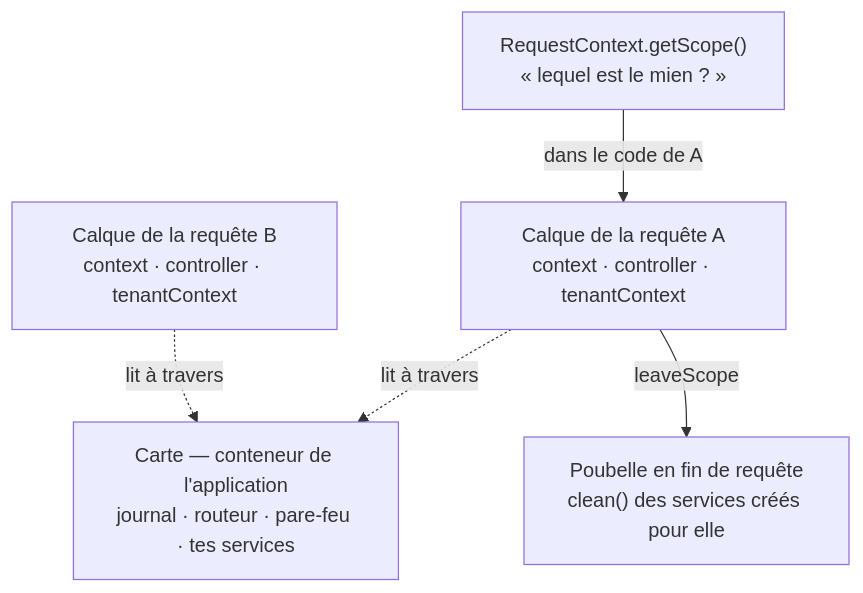
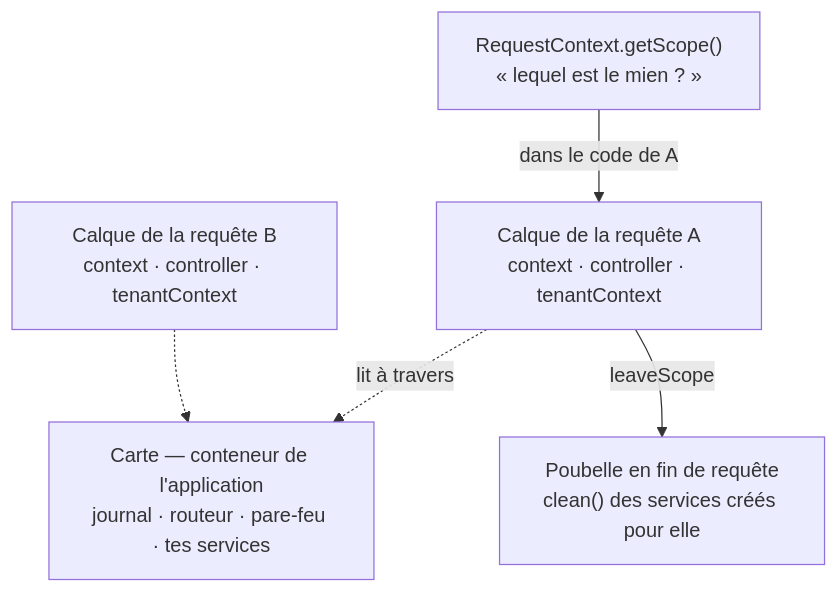
Before and after one commit to nodefony/nodefony-core: the first of 3 diagrams in docs/architecture/injection-portees.md, drawn with Mermaid. The commit also changed 8 other files, not shown here.

````diff
--- a/docs/architecture/injection-portees.md
+++ b/docs/architecture/injection-portees.md
@@ -62,12 +62,12 @@
 ```mermaid
 flowchart TB
   K["Carte — conteneur de l'application<br/>journal · routeur · pare-feu · tes services"]
   A["Calque de la requête A<br/>context · controller · tenantContext"]
   B["Calque de la requête B<br/>context · controller · tenantContext"]
   ALS["RequestContext.getScope()<br/>« lequel est le mien ? »"]
   X["Poubelle en fin de requête<br/>clean() des services créés pour elle"]
-  A -. "lit à travers" .-> K
-  B -. "lit à travers" .-> K
-  ALS -- "dans le code de A" --> A
-  A -- "leaveScope" --> X
+  A -.->|lit à travers| K
+  B -.-> K
+  ALS -->|dans le code de A| A
+  A -->|leaveScope| X
 ```
````
